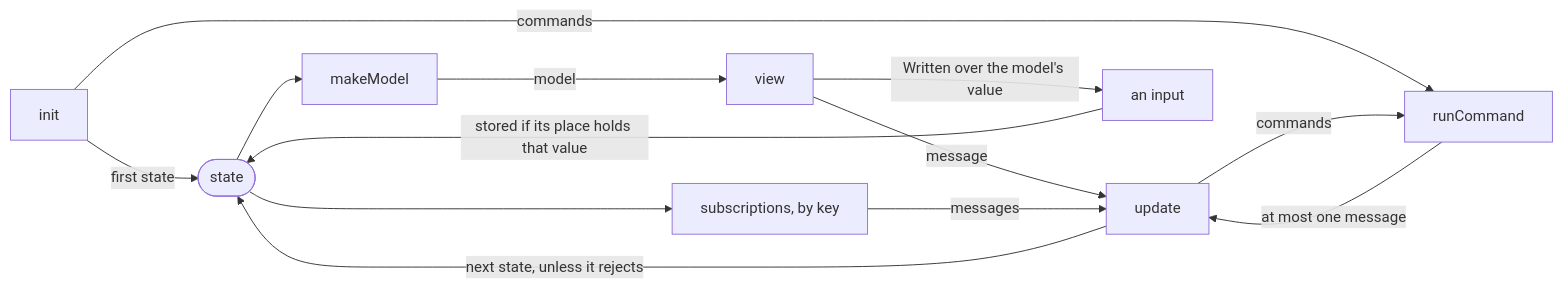
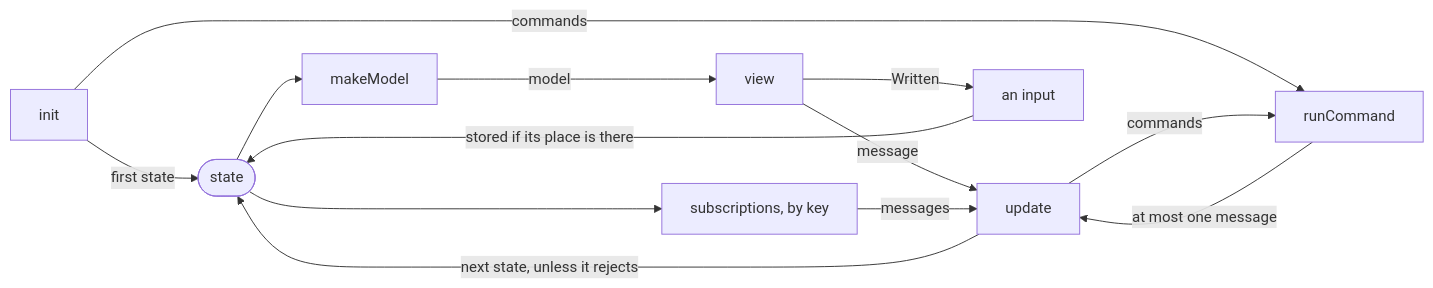
The diagram in site/guide/anatomy-of-a-program.md (fgaudo/effect-tea), drawn with Mermaid before and after one commit. The commit also changed 26 other files, not shown here.

````diff
--- a/site/guide/anatomy-of-a-program.md
+++ b/site/guide/anatomy-of-a-program.md
@@ -27,15 +27,15 @@
 ```mermaid
 flowchart LR
   init -->|first state| state([state])
   init -->|commands| runCommand
   update -->|next state, unless it rejects| state
   update -->|commands| runCommand
   runCommand -->|at most one message| update
   state --> makeModel
   makeModel -->|model| view
   view -->|message| update
-  view -->|Written over the model's value| input[an input]
-  input -->|stored if its place holds that value| state
+  view -->|Written| input[an input]
+  input -->|stored if its place is there| state
   state --> subscriptions[subscriptions, by key]
   subscriptions -->|messages| update
 ```
````
